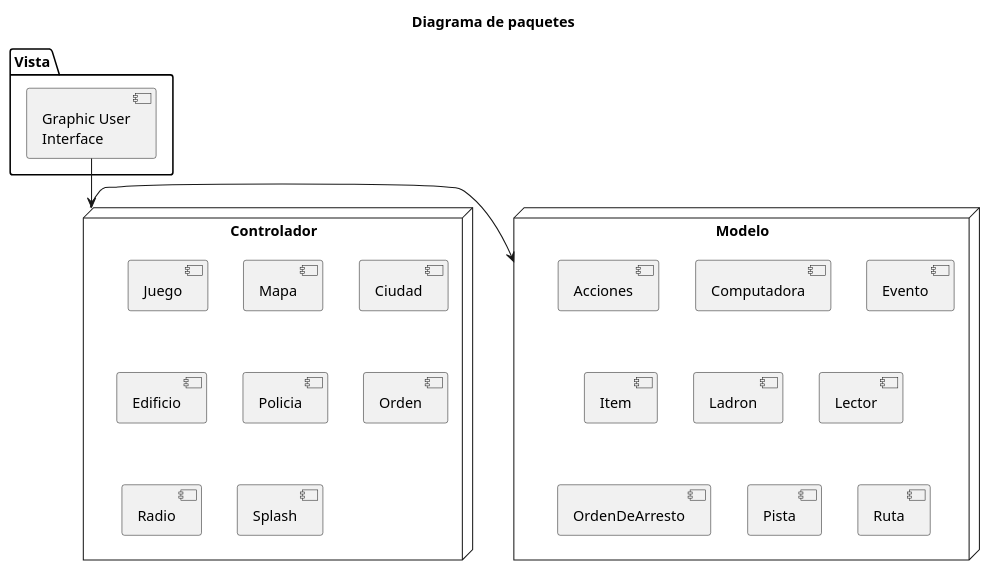
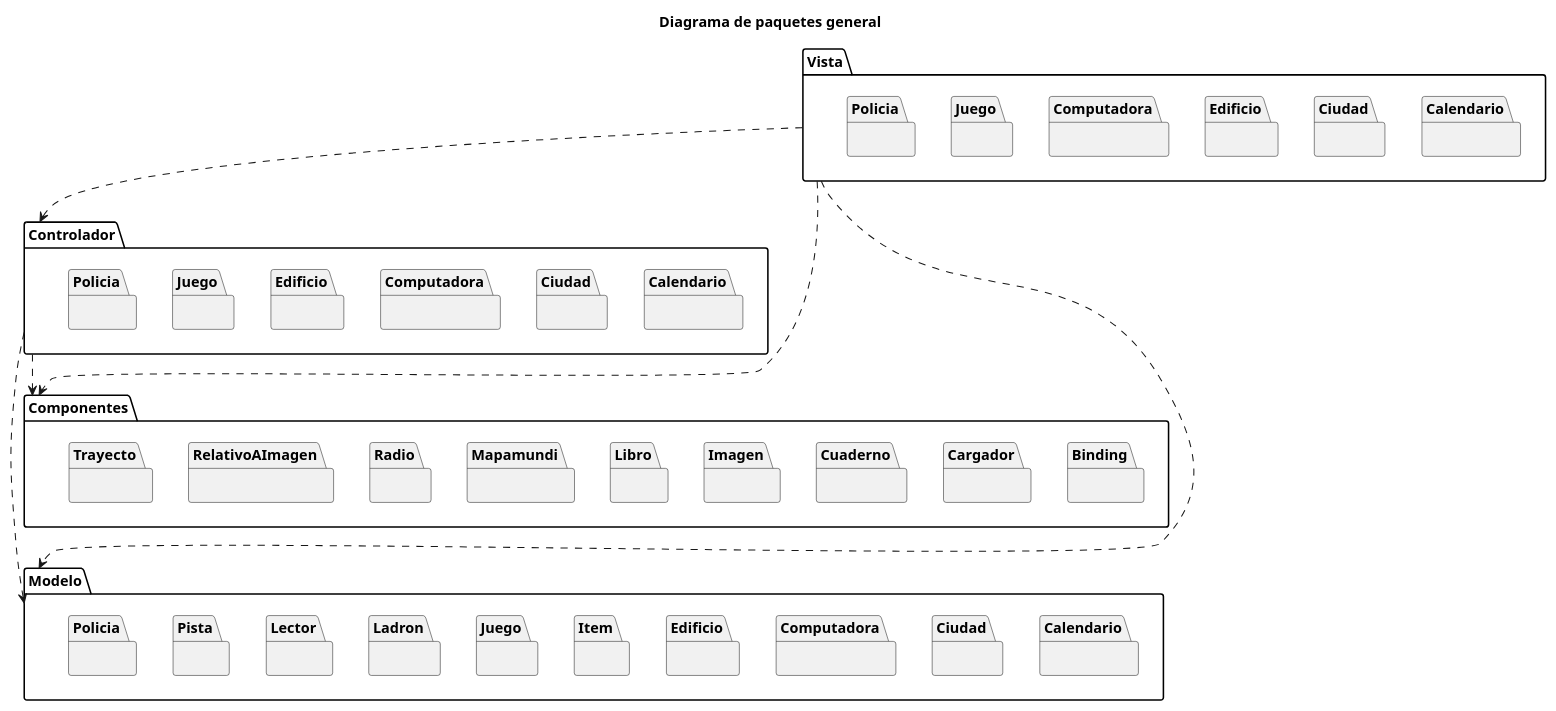
The diagram in diagrams/packages/paquete_visiongeneral.plantuml (MarconMatias/TP2-AyPIII), drawn with PlantUML before and after one commit. The commit also changed 8 other files, not shown here.

Commit message:
Actualizo diagramas de paquetes

```diff
--- a/diagrams/packages/paquete_visiongeneral.plantuml
+++ b/diagrams/packages/paquete_visiongeneral.plantuml
@@ -1,41 +1,55 @@
 @startuml
 
-title Diagrama de paquetes
+title Diagrama de paquetes general
 
-package "Vista" {
-    component [Graphic User\nInterface] as GUI
+package "Vista" as GUI {
+    package Calendario as VCalendario {}
+    package Ciudad as VCiudad {}
+    package Edificio as VEdificio {}
+    package Computadora as VComputadora {}
+    package Juego as VJuego {}
+    package Policia as VPolicia {}
 }
  
-node "Controlador" {
-    [Juego] 
-    [Mapa] 
-    [Ciudad]
-    [Edificio]  
-    [Policia]
-    [Orden]
-    [Radio]
-    [Splash] 
+package "Controlador" {
+    package Calendario as CCalendario {} 
+    package Ciudad as CCiudad {}
+    package Computadora as CComputadora {}
+    package Edificio as CEdificio {}
+    package Juego as CJuego {}
+    package Policia as CPolicia {}
 } 
 
-node "Modelo" {
-    [Acciones]
-    [Ciudad]
-    [Computadora]
-    [Edificio]
-    [Evento]
-    [Item]
-    [Juego]
-    [Ladron]
-    [Lector]
-    [OrdenDeArresto]
-    [Pista]
-    [Policia]
-    [Radio]
-    [Ruta]
-    
+package Modelo {
+    package Calendario {}
+    package Ciudad {}
+    package Computadora {}
+    package Edificio {}
+    package Item {}
+    package Juego {}
+    package Ladron {}
+    package Lector {}
+    package Pista {}
+    package Policia {}
 } 
 
-GUI -down-> Controlador
-Controlador -right-> Modelo
+package "Componentes" {
+    package Binding {}
+    package Cargador {}
+    package Cuaderno {}
+    package Imagen {}
+    package Libro {}
+    package Mapamundi {}
+    package Radio {}
+    package RelativoAImagen {}
+    package Trayecto {}
+}
+GUI .down.> Controlador
+GUI .down.> Modelo
+GUI .down.> Componentes
+Controlador .down.> Modelo
+Controlador .down.> Componentes
+
+Componentes .[hidden]down.> Modelo
 
 @enduml
```
